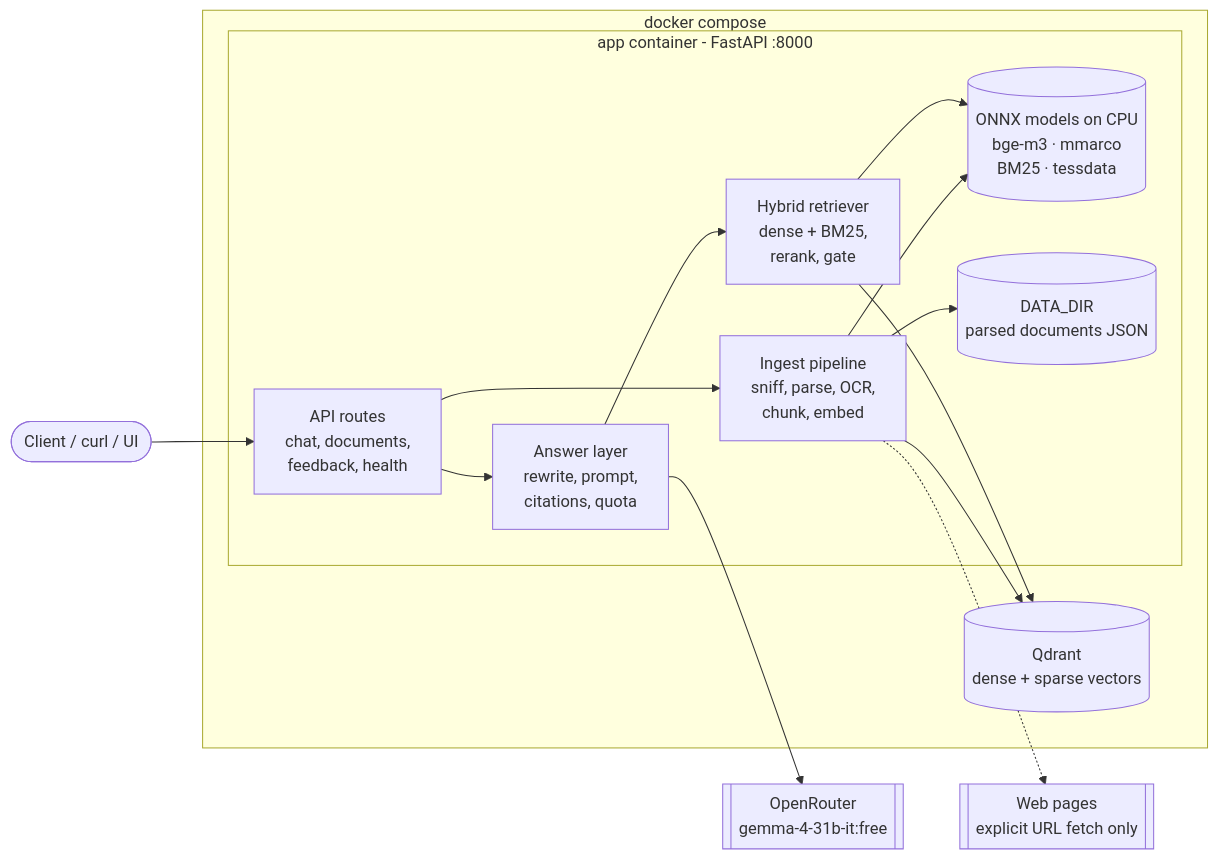
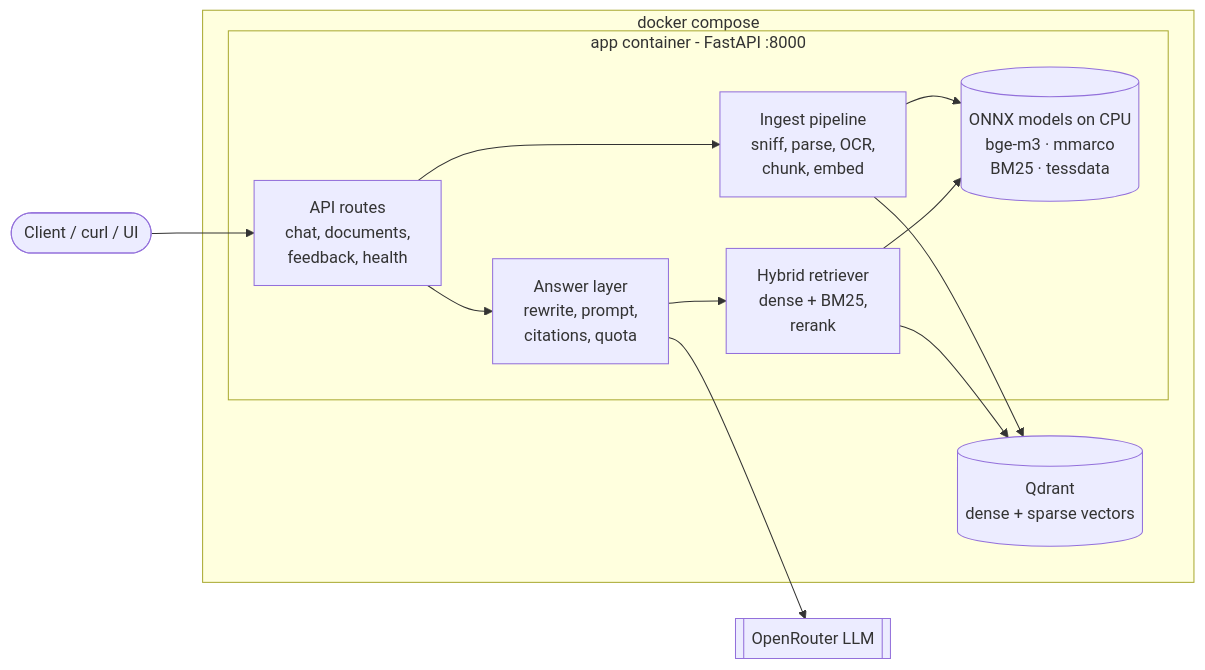
Before and after one commit to MicroClub-USTHB/micro-bot: the diagram in README.md, drawn with Mermaid. The commit also changed other lines of this file, not shown here.

Commit message:
docs: rewrite README for open-source release

````diff
--- a/README.md
+++ b/README.md
@@ -102,31 +78,27 @@
 ```mermaid
 flowchart LR
     client([Client / curl / UI])
 
     subgraph compose[docker compose]
         subgraph app[app container - FastAPI :8000]
             api[API routes<br/>chat, documents,<br/>feedback, health]
             ingest[Ingest pipeline<br/>sniff, parse, OCR,<br/>chunk, embed]
-            retr[Hybrid retriever<br/>dense + BM25,<br/>rerank, gate]
+            retr[Hybrid retriever<br/>dense + BM25,<br/>rerank]
             ans[Answer layer<br/>rewrite, prompt,<br/>citations, quota]
             models[(ONNX models on CPU<br/>bge-m3 · mmarco<br/>BM25 · tessdata)]
-            docs[(DATA_DIR<br/>parsed documents JSON)]
         end
         qdrant[(Qdrant<br/>dense + sparse vectors)]
     end
 
-    llm[[OpenRouter<br/>gemma-4-31b-it:free]]
-    web[[Web pages<br/>explicit URL fetch only]]
+    llm[[OpenRouter LLM]]
 
     client --> api
     api --> ingest
     api --> ans
     ans --> retr
     ingest --> models
     retr --> models
-    ingest --> docs
     ingest --> qdrant
     retr --> qdrant
     ans --> llm
-    ingest -.-> web
 ```
````
